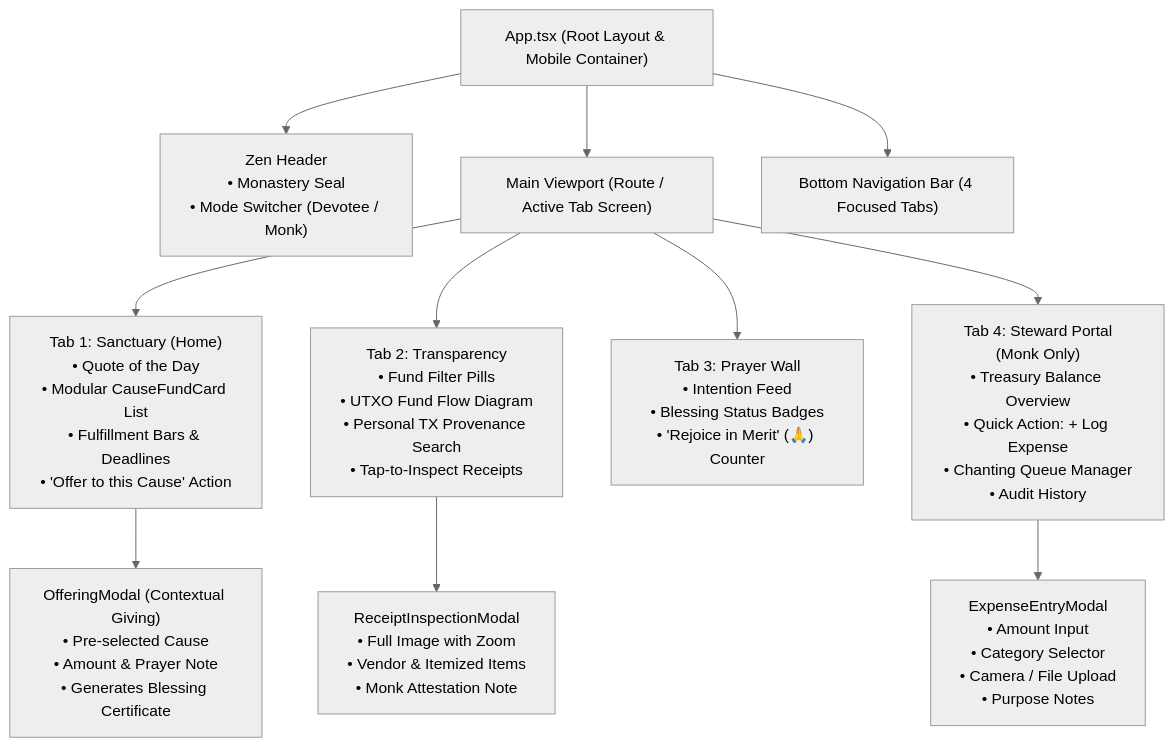
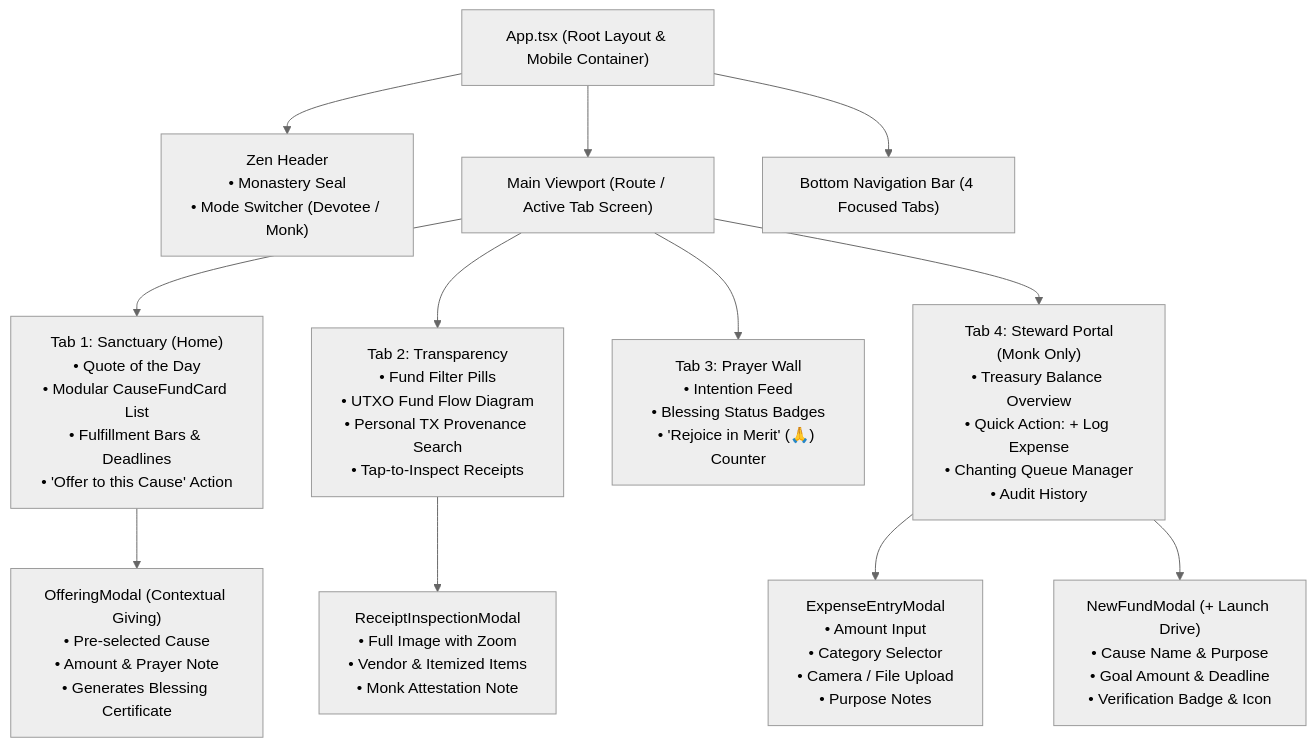
The fourth of 5 diagrams in ARCHITECTURE.md (nghuyenthevinh2000/charity-app), drawn with Mermaid (neutral theme) before and after one commit. The commit also changed 1 other file, not shown here.

Commit message:
docs: add New Fund Cause creation modal for monks in steward admin

````diff
--- a/ARCHITECTURE.md
+++ b/ARCHITECTURE.md
@@ -140,20 +140,21 @@
 ```mermaid
 graph TD
     AppRoot["App.tsx (Root Layout & Mobile Container)"]
 
     %% Shell
     AppRoot --> Header["Zen Header\n• Monastery Seal\n• Mode Switcher (Devotee / Monk)"]
     AppRoot --> Viewport["Main Viewport (Route / Active Tab Screen)"]
     AppRoot --> BottomNav["Bottom Navigation Bar (4 Focused Tabs)"]
 
     %% Views
     Viewport --> TabHome["Tab 1: Sanctuary (Home)\n• Quote of the Day\n• Modular CauseFundCard List\n• Fulfillment Bars & Deadlines\n• 'Offer to this Cause' Action"]
     Viewport --> TabTrans["Tab 2: Transparency\n• Fund Filter Pills\n• UTXO Fund Flow Diagram\n• Personal TX Provenance Search\n• Tap-to-Inspect Receipts"]
     Viewport --> TabPrayer["Tab 3: Prayer Wall\n• Intention Feed\n• Blessing Status Badges\n• 'Rejoice in Merit' (🙏) Counter"]
     Viewport --> TabSteward["Tab 4: Steward Portal\n(Monk Only)\n• Treasury Balance Overview\n• Quick Action: + Log Expense\n• Chanting Queue Manager\n• Audit History"]
 
     %% Sub-components & Modals
     TabHome --> OfferingModal["OfferingModal (Contextual Giving)\n• Pre-selected Cause\n• Amount & Prayer Note\n• Generates Blessing Certificate"]
     TabTrans --> ReceiptModal["ReceiptInspectionModal\n• Full Image with Zoom\n• Vendor & Itemized Items\n• Monk Attestation Note"]
     TabSteward --> ExpenseFormModal["ExpenseEntryModal\n• Amount Input\n• Category Selector\n• Camera / File Upload\n• Purpose Notes"]
+    TabSteward --> NewFundModal["NewFundModal (+ Launch Drive)\n• Cause Name & Purpose\n• Goal Amount & Deadline\n• Verification Badge & Icon"]
 ```
````
